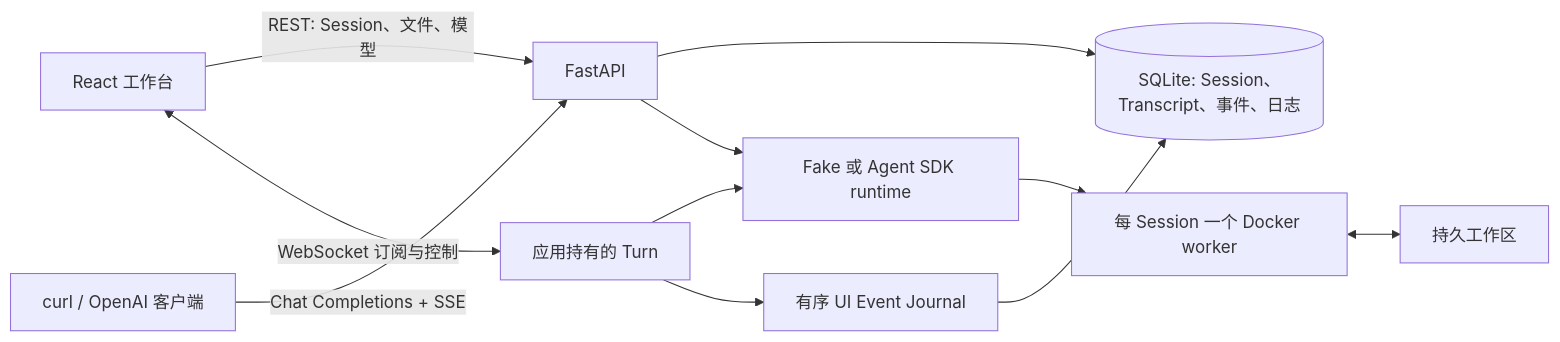
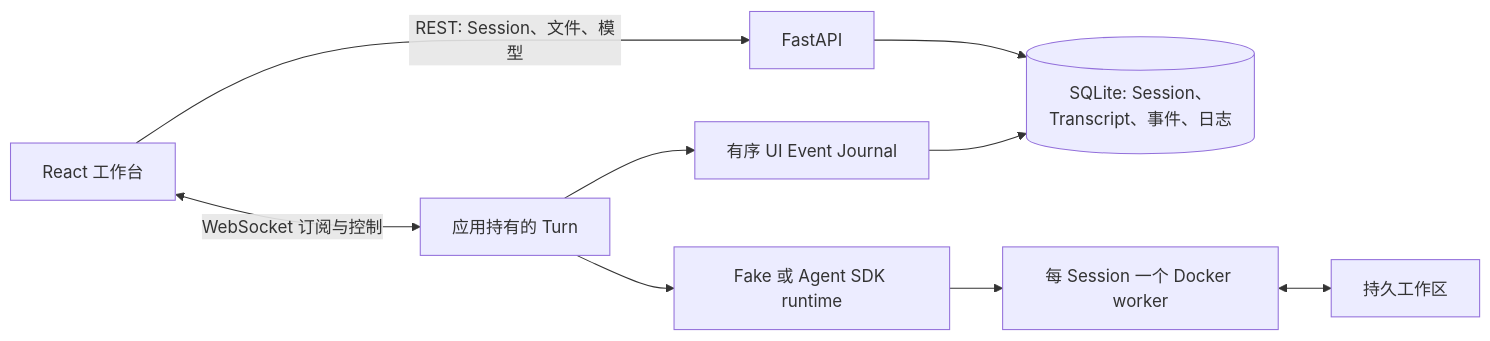
One commit to FireflyTang/WebAgent changed the diagram in README.zh-CN.md. Above: the diagram before and after it, drawn with Mermaid. The commit also changed other lines of this file and 96 other files, not shown here.

````diff
--- a/README.zh-CN.md
+++ b/README.zh-CN.md
@@ -108,13 +82,11 @@
 ```mermaid
 flowchart LR
     UI[React 工作台] -->|REST: Session、文件、模型| API[FastAPI]
     UI <-->|WebSocket 订阅与控制| Turns[应用持有的 Turn]
-    Curl[curl / OpenAI 客户端] -->|Chat Completions + SSE| API
     API --> DB[(SQLite: Session、Transcript、事件、日志)]
     Turns --> Runtime[Fake 或 Agent SDK runtime]
-    API --> Runtime
     Runtime --> Worker[每 Session 一个 Docker worker]
     Worker <--> Files[持久工作区]
     Turns --> Journal[有序 UI Event Journal]
     Journal --> DB
 ```
````
